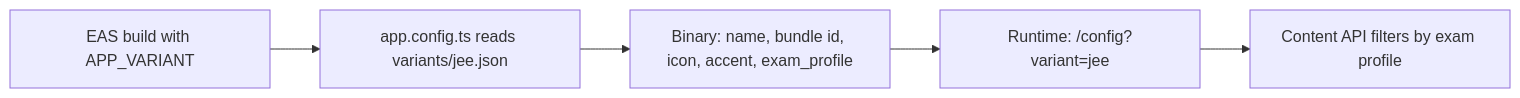
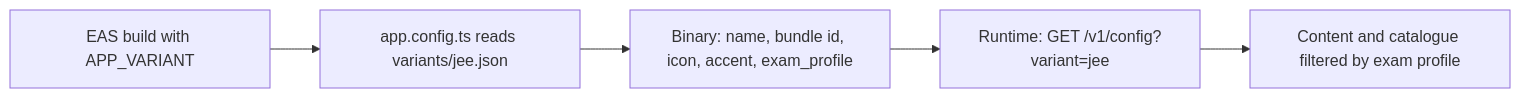
One commit to saksham1991999/smriti changed the ninth of 9 diagrams in docs/APP_FLOW.md. Above: the diagram before and after it, drawn with Mermaid. The commit also changed other lines of this file and 17 other files, not shown here.

````diff
--- a/docs/APP_FLOW.md
+++ b/docs/APP_FLOW.md
@@ -249,7 +293,7 @@
 ```mermaid
 flowchart LR
   Build[EAS build with APP_VARIANT] --> Cfg[app.config.ts reads variants/jee.json]
   Cfg --> Bin[Binary: name, bundle id, icon, accent, exam_profile]
-  Bin --> Run[Runtime: /config?variant=jee]
-  Run --> Filter[Content API filters by exam profile]
+  Bin --> Run[Runtime: GET /v1/config?variant=jee]
+  Run --> Filter[Content and catalogue filtered by exam profile]
 ```
````
